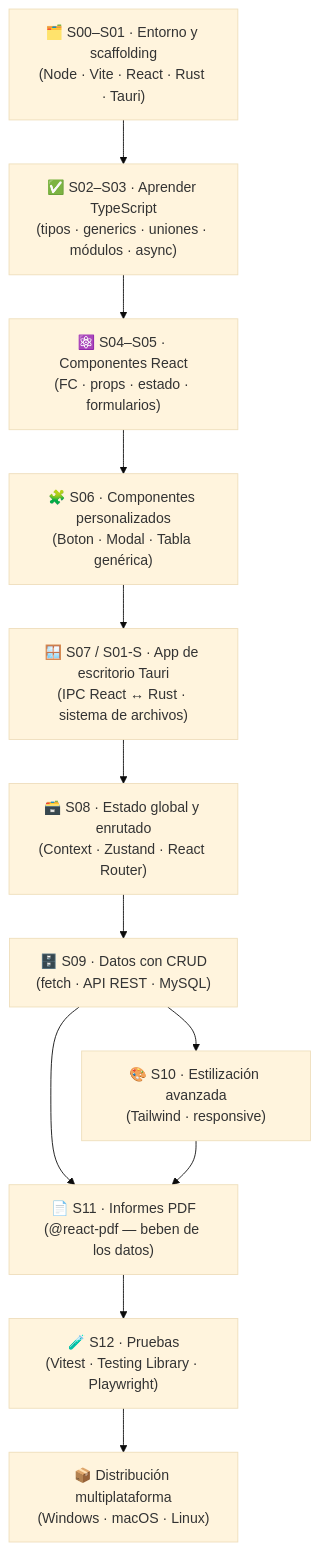
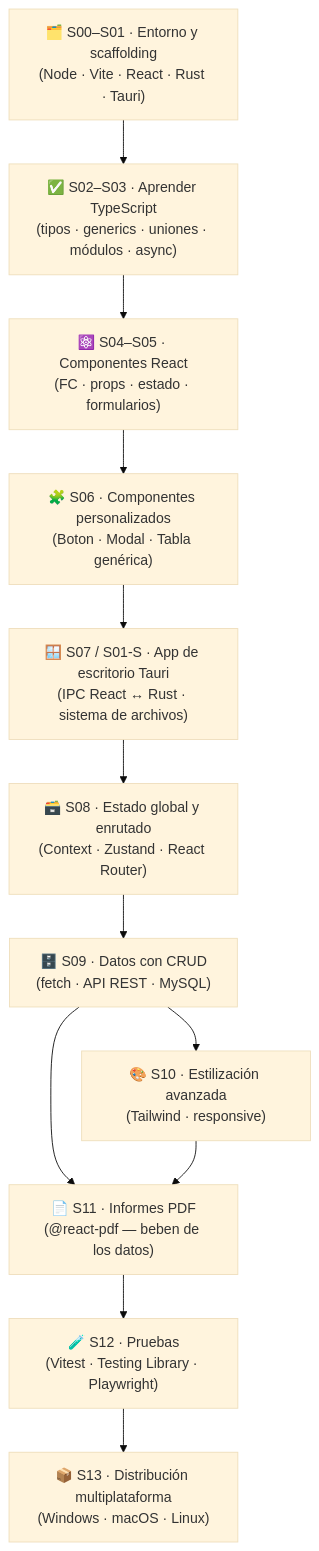
One commit to MolinaJM/DI-REACT-TAURI changed the diagram in README.md. Above: the diagram before and after it, drawn with Mermaid (base theme). The commit also changed other lines of this file and 3 other files, not shown here.

````diff
--- a/README.md
+++ b/README.md
@@ -67,26 +67,26 @@
 ```mermaid
 flowchart TD
     ENV["🗂️ S00–S01 · Entorno y scaffolding<br/>(Node · Vite · React · Rust · Tauri)"]
     TS["✅ S02–S03 · Aprender TypeScript<br/>(tipos · generics · uniones · módulos · async)"]
     REACT["⚛️ S04–S05 · Componentes React<br/>(FC · props · estado · formularios)"]
     CUSTOM["🧩 S06 · Componentes personalizados<br/>(Boton · Modal · Tabla genérica)"]
     TAURI["🪟 S07 / S01-S · App de escritorio Tauri<br/>(IPC React ↔ Rust · sistema de archivos)"]
     GLOBAL["🗃️ S08 · Estado global y enrutado<br/>(Context · Zustand · React Router)"]
     CRUD["🗄️ S09 · Datos con CRUD<br/>(fetch · API REST · MySQL)"]
     STYLE["🎨 S10 · Estilización avanzada<br/>(Tailwind · responsive)"]
     PDF["📄 S11 · Informes PDF<br/>(@react-pdf — beben de los datos)"]
     TEST["🧪 S12 · Pruebas<br/>(Vitest · Testing Library · Playwright)"]
-    DIST["📦 Distribución multiplataforma<br/>(Windows · macOS · Linux)"]
+    DIST["📦 S13 · Distribución multiplataforma<br/>(Windows · macOS · Linux)"]
 
     ENV --> TS
     TS --> REACT
     REACT --> CUSTOM
     CUSTOM --> TAURI
     TAURI --> GLOBAL
     GLOBAL --> CRUD
     CRUD --> STYLE
     CRUD --> PDF
     STYLE --> PDF
     PDF --> TEST
     TEST --> DIST
 ```
````
